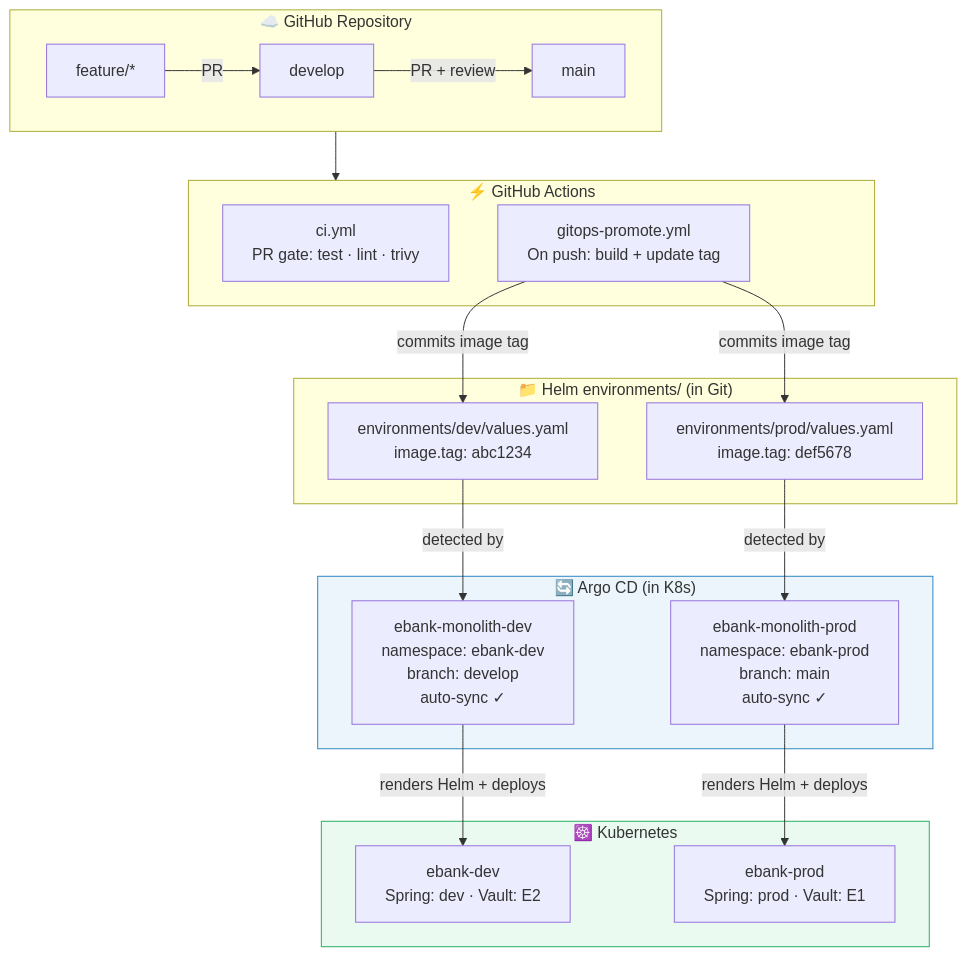
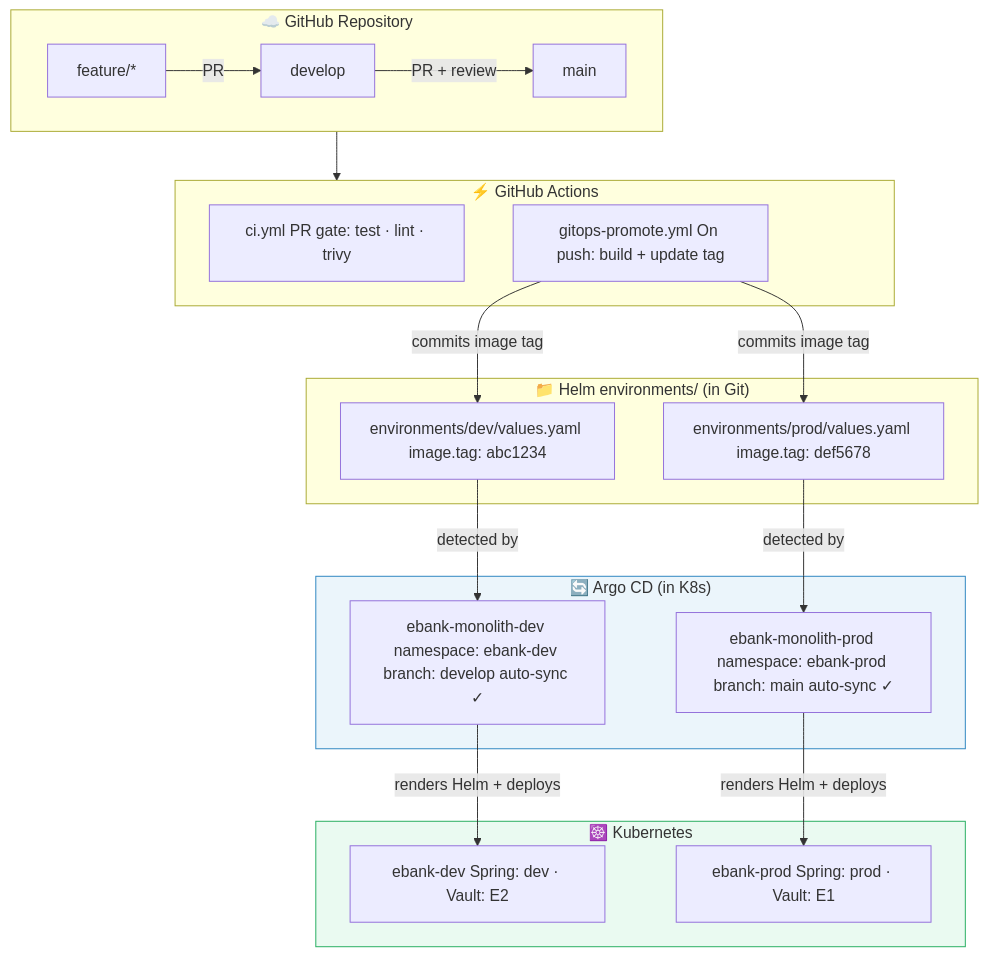
Before and after one commit to Samlogy/ebank-app: diagram 25 of 34 in ebank-monolith/doc/KNOWLEDGE_BASE.md, drawn with Mermaid. The commit also changed other lines of this file and 3 other files, not shown here.

````diff
--- a/ebank-monolith/doc/KNOWLEDGE_BASE.md
+++ b/ebank-monolith/doc/KNOWLEDGE_BASE.md
@@ -783,41 +783,41 @@
 ```mermaid
 flowchart TD
     subgraph GH["☁️ GitHub Repository"]
         FEAT["feature/*"]
         DEV["develop"]
         MAIN["main"]
 
         FEAT -->|"PR"| DEV
         DEV -->|"PR + review"| MAIN
     end
 
     subgraph GHA["⚡ GitHub Actions"]
-        CI_WF["ci.yml\nPR gate: test · lint · trivy"]
-        PROMOTE["gitops-promote.yml\nOn push: build + update tag"]
+        CI_WF["ci.yml PR gate: test · lint · trivy"]
+        PROMOTE["gitops-promote.yml On push: build + update tag"]
     end
 
     subgraph HELM_FILES["📁 Helm environments/ (in Git)"]
-        DEV_VAL["environments/dev/values.yaml\nimage.tag: abc1234"]
-        PROD_VAL["environments/prod/values.yaml\nimage.tag: def5678"]
+        DEV_VAL["environments/dev/values.yaml image.tag: abc1234"]
+        PROD_VAL["environments/prod/values.yaml image.tag: def5678"]
     end
 
     subgraph ARGO["🔄 Argo CD (in K8s)"]
-        APP_DEV["ebank-monolith-dev\nnamespace: ebank-dev\nbranch: develop\nauto-sync ✓"]
-        APP_PROD["ebank-monolith-prod\nnamespace: ebank-prod\nbranch: main\nauto-sync ✓"]
+        APP_DEV["ebank-monolith-dev namespace: ebank-dev branch: develop auto-sync ✓"]
+        APP_PROD["ebank-monolith-prod namespace: ebank-prod branch: main auto-sync ✓"]
     end
 
     subgraph K8S["☸️ Kubernetes"]
-        NS_DEV["ebank-dev\nSpring: dev · Vault: E2"]
-        NS_PROD["ebank-prod\nSpring: prod · Vault: E1"]
+        NS_DEV["ebank-dev Spring: dev · Vault: E2"]
+        NS_PROD["ebank-prod Spring: prod · Vault: E1"]
     end
 
     GH --> GHA
     PROMOTE -->|"commits image tag"| DEV_VAL & PROD_VAL
     DEV_VAL -->|"detected by"| APP_DEV
     PROD_VAL -->|"detected by"| APP_PROD
     APP_DEV -->|"renders Helm + deploys"| NS_DEV
     APP_PROD -->|"renders Helm + deploys"| NS_PROD
 
     style ARGO fill:#EBF5FB,stroke:#2E86C1
     style K8S fill:#EAFAF1,stroke:#27AE60
 ```
````
